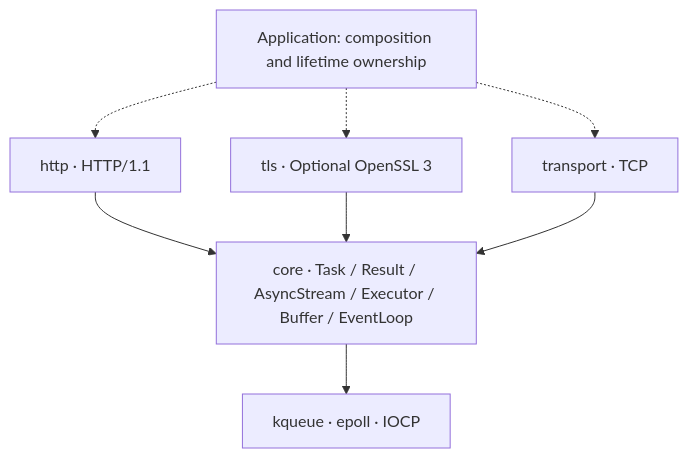
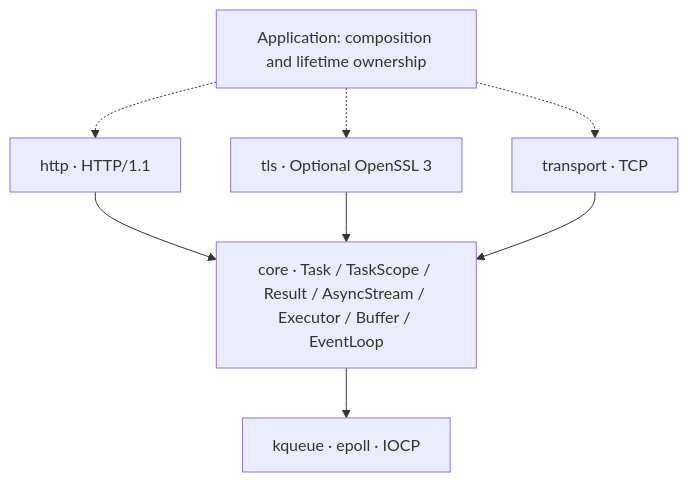
The diagram in README.en.md (dqsjqian/continuo), drawn with Mermaid before and after one commit. The commit also changed other lines of this file and 9 other files, not shown here.

````diff
--- a/README.en.md
+++ b/README.en.md
@@ -33,11 +33,11 @@
 ```mermaid
 flowchart TB
     App[Application: composition and lifetime ownership]
     App -.-> HTTP[http · HTTP/1.1]
     App -.-> TLS[tls · Optional OpenSSL 3]
     App -.-> TCP[transport · TCP]
-    HTTP --> Core[core · Task / Result / AsyncStream / Executor / Buffer / EventLoop]
+    HTTP --> Core[core · Task / TaskScope / Result / AsyncStream / Executor / Buffer / EventLoop]
     TLS --> Core
     TCP --> Core
     Core --> Backends[kqueue · epoll · IOCP]
 ```
````
